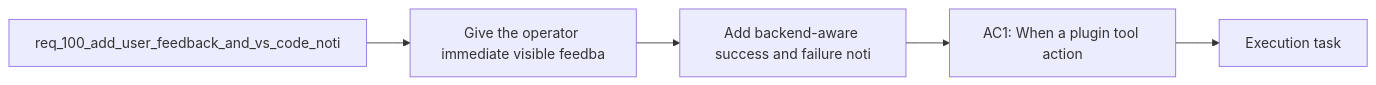
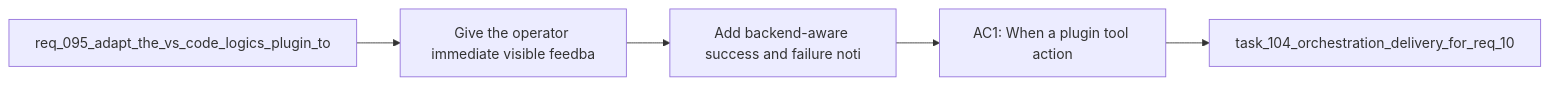
The diagram in logics/backlog/item_171_add_backend_aware_success_and_failure_notifications_for_plugin_hybrid_assist_runs.md (AlexAgo83/logics-manager), drawn with Mermaid before and after one commit. The commit also changed 481 other files, not shown here.

````diff
--- a/logics/backlog/item_171_add_backend_aware_success_and_failure_notifications_for_plugin_hybrid_assist_runs.md
+++ b/logics/backlog/item_171_add_backend_aware_success_and_failure_notifications_for_plugin_hybrid_assist_runs.md
@@ -24,9 +24,9 @@
 ```mermaid
 %% logics-kind: backlog
 %% logics-signature: backlog|add-backend-aware-success-and-failure-no|req-095-adapt-the-vs-code-logics-plugin-|give-the-operator-immediate-visible-feed|ac1-when-a-plugin-tool-action
 flowchart LR
-    Request[req_100_add_user_feedback_and_vs_code_noti] --> Problem[Give the operator immediate visible feedba]
+    Request[req_095_adapt_the_vs_code_logics_plugin_to] --> Problem[Give the operator immediate visible feedba]
     Problem --> Scope[Add backend-aware success and failure noti]
     Scope --> Acceptance[AC1: When a plugin tool action]
-    Acceptance --> Tasks[Execution task]
+    Acceptance --> Tasks[task_104_orchestration_delivery_for_req_10]
 ```
````
